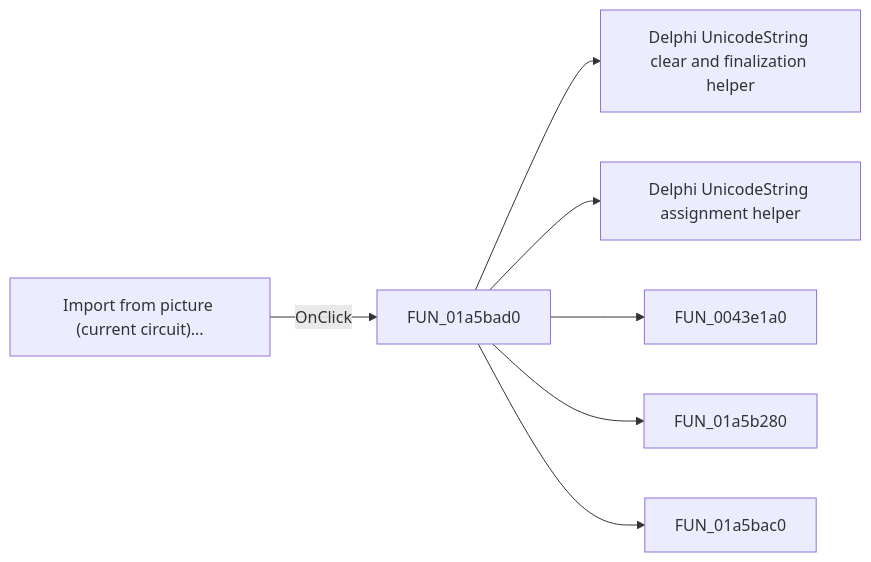
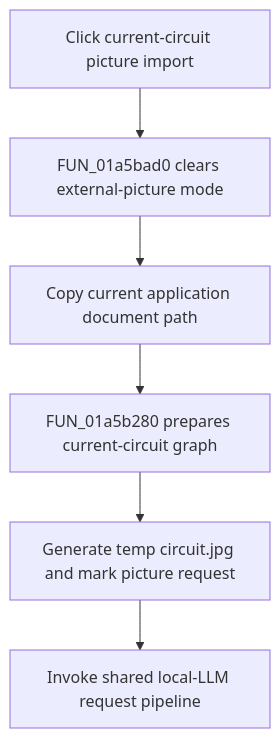
The diagram in docs/ui-controls/localllmform/mnimportfrompicture-bb8587ebe9.md (MovGP0/TIARA), drawn with Mermaid before and after one commit. The commit also changed other lines of this file and 1062 other files, not shown here.

````diff
--- a/docs/ui-controls/localllmform/mnimportfrompicture-bb8587ebe9.md
+++ b/docs/ui-controls/localllmform/mnimportfrompicture-bb8587ebe9.md
@@ -27,9 +31,8 @@
 ```mermaid
-flowchart LR
-    control["Import from picture (current circuit)..."] -->|OnClick| handler["FUN_01a5bad0"]
-    handler --> call1["Delphi UnicodeString clear and finalization helper"]
-    handler --> call2["Delphi UnicodeString assignment helper"]
-    handler --> call3["FUN_0043e1a0"]
-    handler --> call4["FUN_01a5b280"]
-    handler --> call5["FUN_01a5bac0"]
+flowchart TD
+    control["Click current-circuit picture import"] --> handler["FUN_01a5bad0 clears external-picture mode"]
+    handler --> current["Copy current application document path"]
+    current --> prepare["FUN_01a5b280 prepares current-circuit graph"]
+    prepare --> image["Generate temp circuit.jpg and mark picture request"]
+    image --> request["Invoke shared local-LLM request pipeline"]
 ```
````
